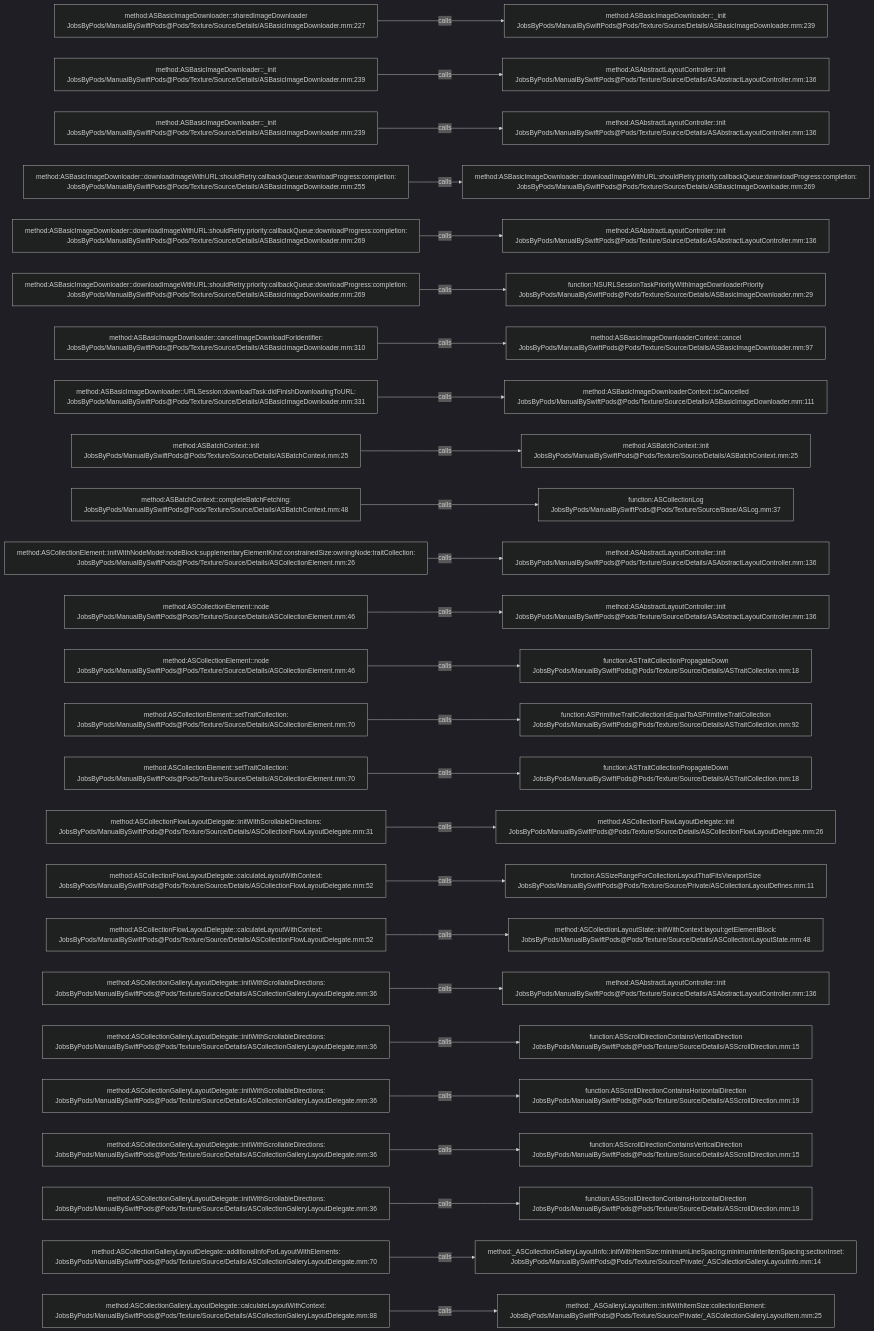
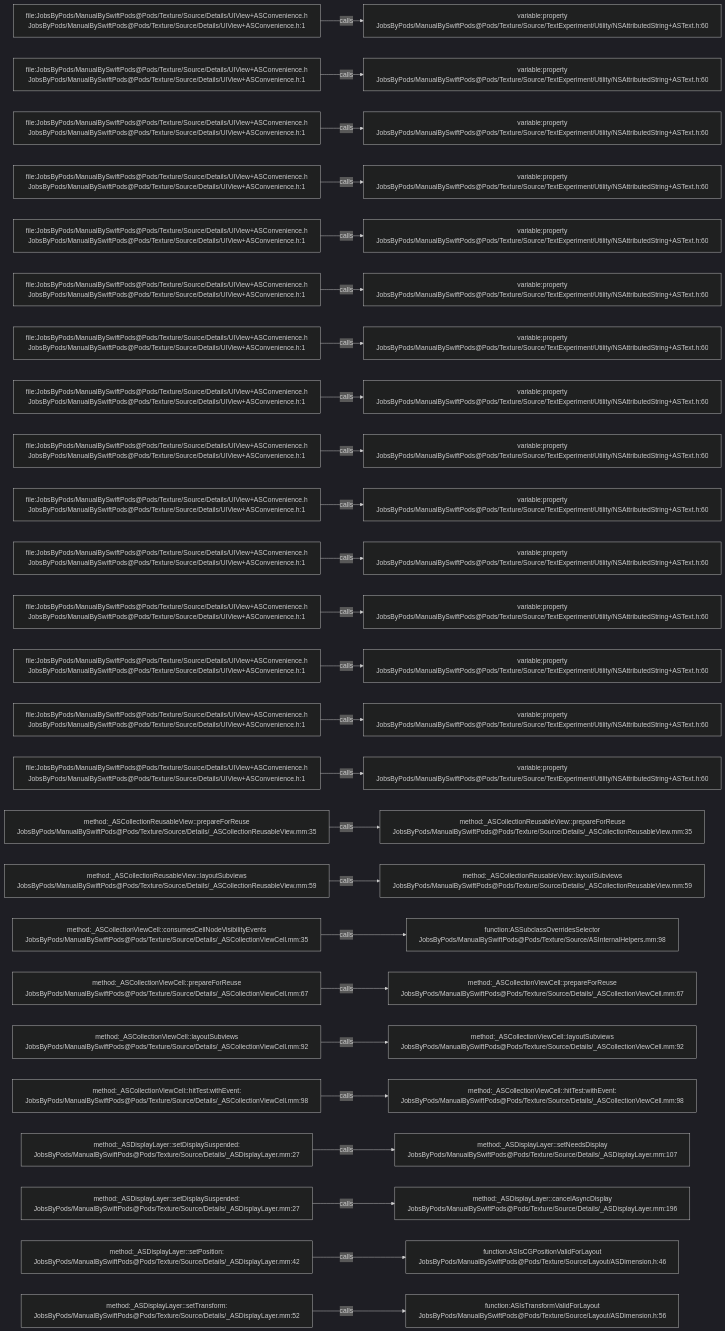
The diagram in .codegraph/codegraph.md/graphs/calls-101.md (JobsKits/JobsSwiftBaseConfigDemo), drawn with Mermaid (dark theme) before and after one commit. The commit also changed 832 other files, not shown here.

````diff
--- a/.codegraph/codegraph.md/graphs/calls-101.md
+++ b/.codegraph/codegraph.md/graphs/calls-101.md
@@ -13,78 +13,78 @@
 ```mermaid
 flowchart LR
-  S1["method:ASBasicImageDownloader::sharedImageDownloader<br/>JobsByPods/ManualBySwiftPods@Pods/Texture/Source/Details/ASBasicImageDownloader.mm:227"]
-  T1["method:ASBasicImageDownloader::_init<br/>JobsByPods/ManualBySwiftPods@Pods/Texture/Source/Details/ASBasicImageDownloader.mm:239"]
+  S1["file:JobsByPods/ManualBySwiftPods@Pods/Texture/Source/Details/UIView+ASConvenience.h<br/>JobsByPods/ManualBySwiftPods@Pods/Texture/Source/Details/UIView+ASConvenience.h:1"]
+  T1["variable:property<br/>JobsByPods/ManualBySwiftPods@Pods/Texture/Source/TextExperiment/Utility/NSAttributedString+ASText.h:60"]
   S1 -->|calls| T1
-  S2["method:ASBasicImageDownloader::_init<br/>JobsByPods/ManualBySwiftPods@Pods/Texture/Source/Details/ASBasicImageDownloader.mm:239"]
-  T2["method:ASAbstractLayoutController::init<br/>JobsByPods/ManualBySwiftPods@Pods/Texture/Source/Details/ASAbstractLayoutController.mm:136"]
+  S2["file:JobsByPods/ManualBySwiftPods@Pods/Texture/Source/Details/UIView+ASConvenience.h<br/>JobsByPods/ManualBySwiftPods@Pods/Texture/Source/Details/UIView+ASConvenience.h:1"]
+  T2["variable:property<br/>JobsByPods/ManualBySwiftPods@Pods/Texture/Source/TextExperiment/Utility/NSAttributedString+ASText.h:60"]
   S2 -->|calls| T2
-  S3["method:ASBasicImageDownloader::_init<br/>JobsByPods/ManualBySwiftPods@Pods/Texture/Source/Details/ASBasicImageDownloader.mm:239"]
-  T3["method:ASAbstractLayoutController::init<br/>JobsByPods/ManualBySwiftPods@Pods/Texture/Source/Details/ASAbstractLayoutController.mm:136"]
+  S3["file:JobsByPods/ManualBySwiftPods@Pods/Texture/Source/Details/UIView+ASConvenience.h<br/>JobsByPods/ManualBySwiftPods@Pods/Texture/Source/Details/UIView+ASConvenience.h:1"]
+  T3["variable:property<br/>JobsByPods/ManualBySwiftPods@Pods/Texture/Source/TextExperiment/Utility/NSAttributedString+ASText.h:60"]
   S3 -->|calls| T3
-  S4["method:ASBasicImageDownloader::downloadImageWithURL:shouldRetry:callbackQueue:downloadProgress:completion:<br/>JobsByPods/ManualBySwiftPods@Pods/Texture/Source/Details/ASBasicImageDownloader.mm:255"]
-  T4["method:ASBasicImageDownloader::downloadImageWithURL:shouldRetry:priority:callbackQueue:downloadProgress:completion:<br/>JobsByPods/ManualBySwiftPods@Pods/Texture/Source/Details/ASBasicImageDownloader.mm:269"]
+  S4["file:JobsByPods/ManualBySwiftPods@Pods/Texture/Source/Details/UIView+ASConvenience.h<br/>JobsByPods/ManualBySwiftPods@Pods/Texture/Source/Details/UIView+ASConvenience.h:1"]
+  T4["variable:property<br/>JobsByPods/ManualBySwiftPods@Pods/Texture/Source/TextExperiment/Utility/NSAttributedString+ASText.h:60"]
   S4 -->|calls| T4
-  S5["method:ASBasicImageDownloader::downloadImageWithURL:shouldRetry:priority:callbackQueue:downloadProgress:completion:<br/>JobsByPods/ManualBySwiftPods@Pods/Texture/Source/Details/ASBasicImageDownloader.mm:269"]
-  T5["method:ASAbstractLayoutController::init<br/>JobsByPods/ManualBySwiftPods@Pods/Texture/Source/Details/ASAbstractLayoutController.mm:136"]
+  S5["file:JobsByPods/ManualBySwiftPods@Pods/Texture/Source/Details/UIView+ASConvenience.h<br/>JobsByPods/ManualBySwiftPods@Pods/Texture/Source/Details/UIView+ASConvenience.h:1"]
+  T5["variable:property<br/>JobsByPods/ManualBySwiftPods@Pods/Texture/Source/TextExperiment/Utility/NSAttributedString+ASText.h:60"]
   S5 -->|calls| T5
-  S6["method:ASBasicImageDownloader::downloadImageWithURL:shouldRetry:priority:callbackQueue:downloadProgress:completion:<br/>JobsByPods/ManualBySwiftPods@Pods/Texture/Source/Details/ASBasicImageDownloader.mm:269"]
-  T6["function:NSURLSessionTaskPriorityWithImageDownloaderPriority<br/>JobsByPods/ManualBySwiftPods@Pods/Texture/Source/Details/ASBasicImageDownloader.mm:29"]
+  S6["file:JobsByPods/ManualBySwiftPods@Pods/Texture/Source/Details/UIView+ASConvenience.h<br/>JobsByPods/ManualBySwiftPods@Pods/Texture/Source/Details/UIView+ASConvenience.h:1"]
+  T6["variable:property<br/>JobsByPods/ManualBySwiftPods@Pods/Texture/Source/TextExperiment/Utility/NSAttributedString+ASText.h:60"]
   S6 -->|calls| T6
-  S7["method:ASBasicImageDownloader::cancelImageDownloadForIdentifier:<br/>JobsByPods/ManualBySwiftPods@Pods/Texture/Source/Details/ASBasicImageDownloader.mm:310"]
-  T7["method:ASBasicImageDownloaderContext::cancel<br/>JobsByPods/ManualBySwiftPods@Pods/Texture/Source/Details/ASBasicImageDownloader.mm:97"]
+  S7["file:JobsByPods/ManualBySwiftPods@Pods/Texture/Source/Details/UIView+ASConvenience.h<br/>JobsByPods/ManualBySwiftPods@Pods/Texture/Source/Details/UIView+ASConvenience.h:1"]
+  T7["variable:property<br/>JobsByPods/ManualBySwiftPods@Pods/Texture/Source/TextExperiment/Utility/NSAttributedString+ASText.h:60"]
   S7 -->|calls| T7
-  S8["method:ASBasicImageDownloader::URLSession:downloadTask:didFinishDownloadingToURL:<br/>JobsByPods/ManualBySwiftPods@Pods/Texture/Source/Details/ASBasicImageDownloader.mm:331"]
-  T8["method:ASBasicImageDownloaderContext::isCancelled<br/>JobsByPods/ManualBySwiftPods@Pods/Texture/Source/Details/ASBasicImageDownloader.mm:111"]
+  S8["file:JobsByPods/ManualBySwiftPods@Pods/Texture/Source/Details/UIView+ASConvenience.h<br/>JobsByPods/ManualBySwiftPods@Pods/Texture/Source/Details/UIView+ASConvenience.h:1"]
+  T8["variable:property<br/>JobsByPods/ManualBySwiftPods@Pods/Texture/Source/TextExperiment/Utility/NSAttributedString+ASText.h:60"]
   S8 -->|calls| T8
-  S9["method:ASBatchContext::init<br/>JobsByPods/ManualBySwiftPods@Pods/Texture/Source/Details/ASBatchContext.mm:25"]
-  T9["method:ASBatchContext::init<br/>JobsByPods/ManualBySwiftPods@Pods/Texture/Source/Details/ASBatchContext.mm:25"]
+  S9["file:JobsByPods/ManualBySwiftPods@Pods/Texture/Source/Details/UIView+ASConvenience.h<br/>JobsByPods/ManualBySwiftPods@Pods/Texture/Source/Details/UIView+ASConvenience.h:1"]
+  T9["variable:property<br/>JobsByPods/ManualBySwiftPods@Pods/Texture/Source/TextExperiment/Utility/NSAttributedString+ASText.h:60"]
   S9 -->|calls| T9
-  S10["method:ASBatchContext::completeBatchFetching:<br/>JobsByPods/ManualBySwiftPods@Pods/Texture/Source/Details/ASBatchContext.mm:48"]
-  T10["function:ASCollectionLog<br/>JobsByPods/ManualBySwiftPods@Pods/Texture/Source/Base/ASLog.mm:37"]
+  S10["file:JobsByPods/ManualBySwiftPods@Pods/Texture/Source/Details/UIView+ASConvenience.h<br/>JobsByPods/ManualBySwiftPods@Pods/Texture/Source/Details/UIView+ASConvenience.h:1"]
+  T10["variable:property<br/>JobsByPods/ManualBySwiftPods@Pods/Texture/Source/TextExperiment/Utility/NSAttributedString+ASText.h:60"]
   S10 -->|calls| T10
-  S11["method:ASCollectionElement::initWithNodeModel:nodeBlock:supplementaryElementKind:constrainedSize:owningNode:traitCollection:<br/>JobsByPods/ManualBySwiftPods@Pods/Texture/Source/Details/ASCollectionElement.mm:26"]
-  T11["method:ASAbstractLayoutController::init<br/>JobsByPods/ManualBySwiftPods@Pods/Texture/Source/Details/ASAbstractLayoutController.mm:136"]
+  S11["file:JobsByPods/ManualBySwiftPods@Pods/Texture/Source/Details/UIView+ASConvenience.h<br/>JobsByPods/ManualBySwiftPods@Pods/Texture/Source/Details/UIView+ASConvenience.h:1"]
+  T11["variable:property<br/>JobsByPods/ManualBySwiftPods@Pods/Texture/Source/TextExperiment/Utility/NSAttributedString+ASText.h:60"]
   S11 -->|calls| T11
-  S12["method:ASCollectionElement::node<br/>JobsByPods/ManualBySwiftPods@Pods/Texture/Source/Details/ASCollectionElement.mm:46"]
-  T12["method:ASAbstractLayoutController::init<br/>JobsByPods/ManualBySwiftPods@Pods/Texture/Source/Details/ASAbstractLayoutController.mm:136"]
+  S12["file:JobsByPods/ManualBySwiftPods@Pods/Texture/Source/Details/UIView+ASConvenience.h<br/>JobsByPods/ManualBySwiftPods@Pods/Texture/Source/Details/UIView+ASConvenience.h:1"]
+  T12["variable:property<br/>JobsByPods/ManualBySwiftPods@Pods/Texture/Source/TextExperiment/Utility/NSAttributedString+ASText.h:60"]
   S12 -->|calls| T12
-  S13["method:ASCollectionElement::node<br/>JobsByPods/ManualBySwiftPods@Pods/Texture/Source/Details/ASCollectionElement.mm:46"]
-  T13["function:ASTraitCollectionPropagateDown<br/>JobsByPods/ManualBySwiftPods@Pods/Texture/Source/Details/ASTraitCollection.mm:18"]
+  S13["file:JobsByPods/ManualBySwiftPods@Pods/Texture/Source/Details/UIView+ASConvenience.h<br/>JobsByPods/ManualBySwiftPods@Pods/Texture/Source/Details/UIView+ASConvenience.h:1"]
+  T13["variable:property<br/>JobsByPods/ManualBySwiftPods@Pods/Texture/Source/TextExperiment/Utility/NSAttributedString+ASText.h:60"]
   S13 -->|calls| T13
-  S14["method:ASCollectionElement::setTraitCollection:<br/>JobsByPods/ManualBySwiftPods@Pods/Texture/Source/Details/ASCollectionElement.mm:70"]
-  T14["function:ASPrimitiveTraitCollectionIsEqualToASPrimitiveTraitCollection<br/>JobsByPods/ManualBySwiftPods@Pods/Texture/Source/Details/ASTraitCollection.mm:92"]
+  S14["file:JobsByPods/ManualBySwiftPods@Pods/Texture/Source/Details/UIView+ASConvenience.h<br/>JobsByPods/ManualBySwiftPods@Pods/Texture/Source/Details/UIView+ASConvenience.h:1"]
+  T14["variable:property<br/>JobsByPods/ManualBySwiftPods@Pods/Texture/Source/TextExperiment/Utility/NSAttributedString+ASText.h:60"]
   S14 -->|calls| T14
-  S15["method:ASCollectionElement::setTraitCollection:<br/>JobsByPods/ManualBySwiftPods@Pods/Texture/Source/Details/ASCollectionElement.mm:70"]
-  T15["function:ASTraitCollectionPropagateDown<br/>JobsByPods/ManualBySwiftPods@Pods/Texture/Source/Details/ASTraitCollection.mm:18"]
+  S15["file:JobsByPods/ManualBySwiftPods@Pods/Texture/Source/Details/UIView+ASConvenience.h<br/>JobsByPods/ManualBySwiftPods@Pods/Texture/Source/Details/UIView+ASConvenience.h:1"]
+  T15["variable:property<br/>JobsByPods/ManualBySwiftPods@Pods/Texture/Source/TextExperiment/Utility/NSAttributedString+ASText.h:60"]
   S15 -->|calls| T15
-  S16["method:ASCollectionFlowLayoutDelegate::initWithScrollableDirections:<br/>JobsByPods/ManualBySwiftPods@Pods/Texture/Source/Details/ASCollectionFlowLayoutDelegate.mm:31"]
-  T16["method:ASCollectionFlowLayoutDelegate::init<br/>JobsByPods/ManualBySwiftPods@Pods/Texture/Source/Details/ASCollectionFlowLayoutDelegate.mm:26"]
+  S16["method:_ASCollectionReusableView::prepareForReuse<br/>JobsByPods/ManualBySwiftPods@Pods/Texture/Source/Details/_ASCollectionReusableView.mm:35"]
+  T16["method:_ASCollectionReusableView::prepareForReuse<br/>JobsByPods/ManualBySwiftPods@Pods/Texture/Source/Details/_ASCollectionReusableView.mm:35"]
   S16 -->|calls| T16
-  S17["method:ASCollectionFlowLayoutDelegate::calculateLayoutWithContext:<br/>JobsByPods/ManualBySwiftPods@Pods/Texture/Source/Details/ASCollectionFlowLayoutDelegate.mm:52"]
-  T17["function:ASSizeRangeForCollectionLayoutThatFitsViewportSize<br/>JobsByPods/ManualBySwiftPods@Pods/Texture/Source/Private/ASCollectionLayoutDefines.mm:11"]
+  S17["method:_ASCollectionReusableView::layoutSubviews<br/>JobsByPods/ManualBySwiftPods@Pods/Texture/Source/Details/_ASCollectionReusableView.mm:59"]
+  T17["method:_ASCollectionReusableView::layoutSubviews<br/>JobsByPods/ManualBySwiftPods@Pods/Texture/Source/Details/_ASCollectionReusableView.mm:59"]
   S17 -->|calls| T17
-  S18["method:ASCollectionFlowLayoutDelegate::calculateLayoutWithContext:<br/>JobsByPods/ManualBySwiftPods@Pods/Texture/Source/Details/ASCollectionFlowLayoutDelegate.mm:52"]
-  T18["method:ASCollectionLayoutState::initWithContext:layout:getElementBlock:<br/>JobsByPods/ManualBySwiftPods@Pods/Texture/Source/Details/ASCollectionLayoutState.mm:48"]
+  S18["method:_ASCollectionViewCell::consumesCellNodeVisibilityEvents<br/>JobsByPods/ManualBySwiftPods@Pods/Texture/Source/Details/_ASCollectionViewCell.mm:35"]
+  T18["function:ASSubclassOverridesSelector<br/>JobsByPods/ManualBySwiftPods@Pods/Texture/Source/ASInternalHelpers.mm:98"]
   S18 -->|calls| T18
-  S19["method:ASCollectionGalleryLayoutDelegate::initWithScrollableDirections:<br/>JobsByPods/ManualBySwiftPods@Pods/Texture/Source/Details/ASCollectionGalleryLayoutDelegate.mm:36"]
-  T19["method:ASAbstractLayoutController::init<br/>JobsByPods/ManualBySwiftPods@Pods/Texture/Source/Details/ASAbstractLayoutController.mm:136"]
+  S19["method:_ASCollectionViewCell::prepareForReuse<br/>JobsByPods/ManualBySwiftPods@Pods/Texture/Source/Details/_ASCollectionViewCell.mm:67"]
+  T19["method:_ASCollectionViewCell::prepareForReuse<br/>JobsByPods/ManualBySwiftPods@Pods/Texture/Source/Details/_ASCollectionViewCell.mm:67"]
   S19 -->|calls| T19
-  S20["method:ASCollectionGalleryLayoutDelegate::initWithScrollableDirections:<br/>JobsByPods/ManualBySwiftPods@Pods/Texture/Source/Details/ASCollectionGalleryLayoutDelegate.mm:36"]
-  T20["function:ASScrollDirectionContainsVerticalDirection<br/>JobsByPods/ManualBySwiftPods@Pods/Texture/Source/Details/ASScrollDirection.mm:15"]
+  S20["method:_ASCollectionViewCell::layoutSubviews<br/>JobsByPods/ManualBySwiftPods@Pods/Texture/Source/Details/_ASCollectionViewCell.mm:92"]
+  T20["method:_ASCollectionViewCell::layoutSubviews<br/>JobsByPods/ManualBySwiftPods@Pods/Texture/Source/Details/_ASCollectionViewCell.mm:92"]
   S20 -->|calls| T20
-  S21["method:ASCollectionGalleryLayoutDelegate::initWithScrollableDirections:<br/>JobsByPods/ManualBySwiftPods@Pods/Texture/Source/Details/ASCollectionGalleryLayoutDelegate.mm:36"]
-  T21["function:ASScrollDirectionContainsHorizontalDirection<br/>JobsByPods/ManualBySwiftPods@Pods/Texture/Source/Details/ASScrollDirection.mm:19"]
+  S21["method:_ASCollectionViewCell::hitTest:withEvent:<br/>JobsByPods/ManualBySwiftPods@Pods/Texture/Source/Details/_ASCollectionViewCell.mm:98"]
+  T21["method:_ASCollectionViewCell::hitTest:withEvent:<br/>JobsByPods/ManualBySwiftPods@Pods/Texture/Source/Details/_ASCollectionViewCell.mm:98"]
   S21 -->|calls| T21
-  S22["method:ASCollectionGalleryLayoutDelegate::initWithScrollableDirections:<br/>JobsByPods/ManualBySwiftPods@Pods/Texture/Source/Details/ASCollectionGalleryLayoutDelegate.mm:36"]
-  T22["function:ASScrollDirectionContainsVerticalDirection<br/>JobsByPods/ManualBySwiftPods@Pods/Texture/Source/Details/ASScrollDirection.mm:15"]
+  S22["method:_ASDisplayLayer::setDisplaySuspended:<br/>JobsByPods/ManualBySwiftPods@Pods/Texture/Source/Details/_ASDisplayLayer.mm:27"]
+  T22["method:_ASDisplayLayer::setNeedsDisplay<br/>JobsByPods/ManualBySwiftPods@Pods/Texture/Source/Details/_ASDisplayLayer.mm:107"]
   S22 -->|calls| T22
-  S23["method:ASCollectionGalleryLayoutDelegate::initWithScrollableDirections:<br/>JobsByPods/ManualBySwiftPods@Pods/Texture/Source/Details/ASCollectionGalleryLayoutDelegate.mm:36"]
-  T23["function:ASScrollDirectionContainsHorizontalDirection<br/>JobsByPods/ManualBySwiftPods@Pods/Texture/Source/Details/ASScrollDirection.mm:19"]
+  S23["method:_ASDisplayLayer::setDisplaySuspended:<br/>JobsByPods/ManualBySwiftPods@Pods/Texture/Source/Details/_ASDisplayLayer.mm:27"]
+  T23["method:_ASDisplayLayer::cancelAsyncDisplay<br/>JobsByPods/ManualBySwiftPods@Pods/Texture/Source/Details/_ASDisplayLayer.mm:196"]
   S23 -->|calls| T23
-  S24["method:ASCollectionGalleryLayoutDelegate::additionalInfoForLayoutWithElements:<br/>JobsByPods/ManualBySwiftPods@Pods/Texture/Source/Details/ASCollectionGalleryLayoutDelegate.mm:70"]
-  T24["method:_ASCollectionGalleryLayoutInfo::initWithItemSize:minimumLineSpacing:minimumInteritemSpacing:sectionInset:<br/>JobsByPods/ManualBySwiftPods@Pods/Texture/Source/Private/_ASCollectionGalleryLayoutInfo.mm:14"]
+  S24["method:_ASDisplayLayer::setPosition:<br/>JobsByPods/ManualBySwiftPods@Pods/Texture/Source/Details/_ASDisplayLayer.mm:42"]
+  T24["function:ASIsCGPositionValidForLayout<br/>JobsByPods/ManualBySwiftPods@Pods/Texture/Source/Layout/ASDimension.h:46"]
   S24 -->|calls| T24
-  S25["method:ASCollectionGalleryLayoutDelegate::calculateLayoutWithContext:<br/>JobsByPods/ManualBySwiftPods@Pods/Texture/Source/Details/ASCollectionGalleryLayoutDelegate.mm:88"]
-  T25["method:_ASGalleryLayoutItem::initWithItemSize:collectionElement:<br/>JobsByPods/ManualBySwiftPods@Pods/Texture/Source/Private/_ASCollectionGalleryLayoutItem.mm:25"]
+  S25["method:_ASDisplayLayer::setTransform:<br/>JobsByPods/ManualBySwiftPods@Pods/Texture/Source/Details/_ASDisplayLayer.mm:52"]
+  T25["function:ASIsTransformValidForLayout<br/>JobsByPods/ManualBySwiftPods@Pods/Texture/Source/Layout/ASDimension.h:56"]
   S25 -->|calls| T25
 ```
````
